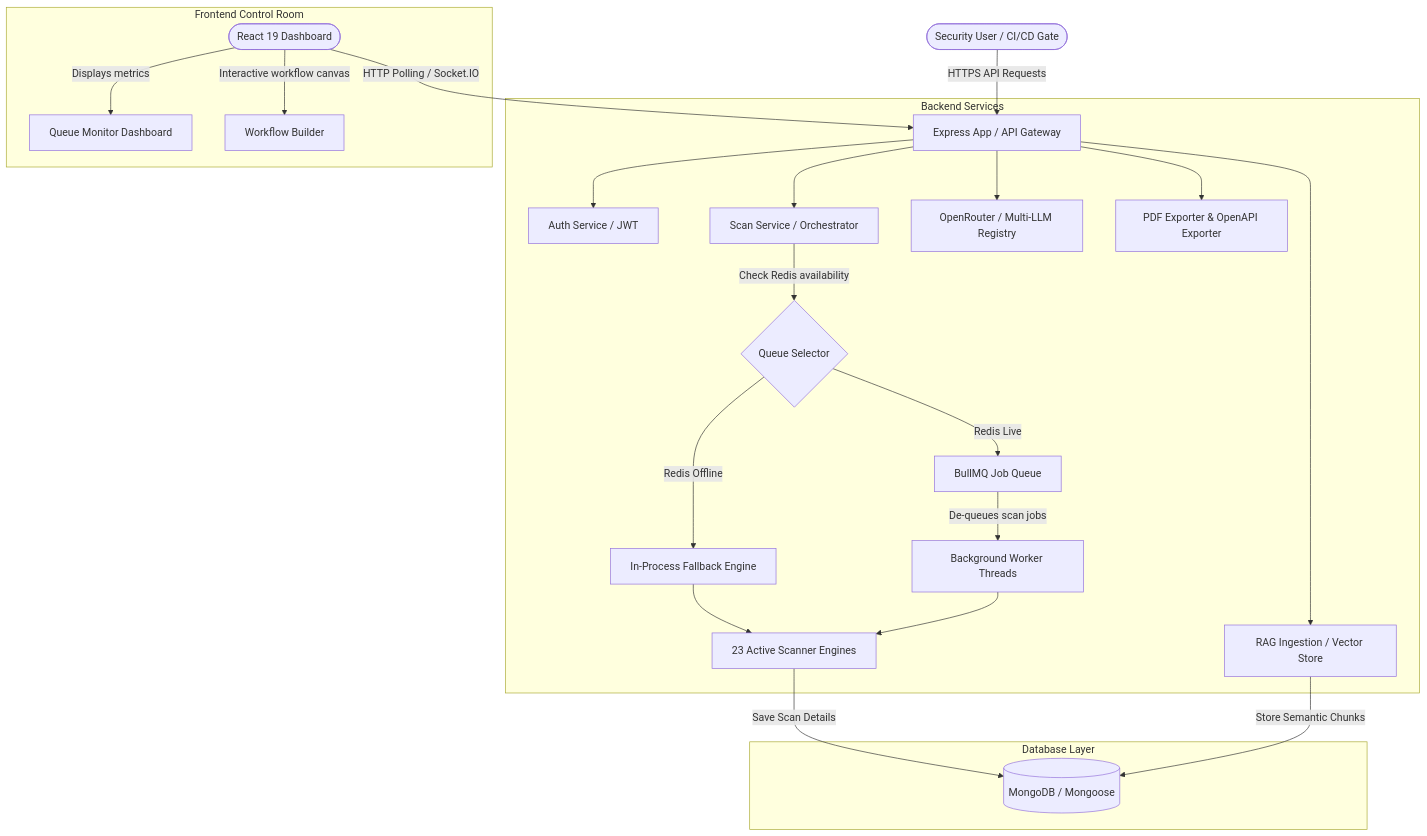
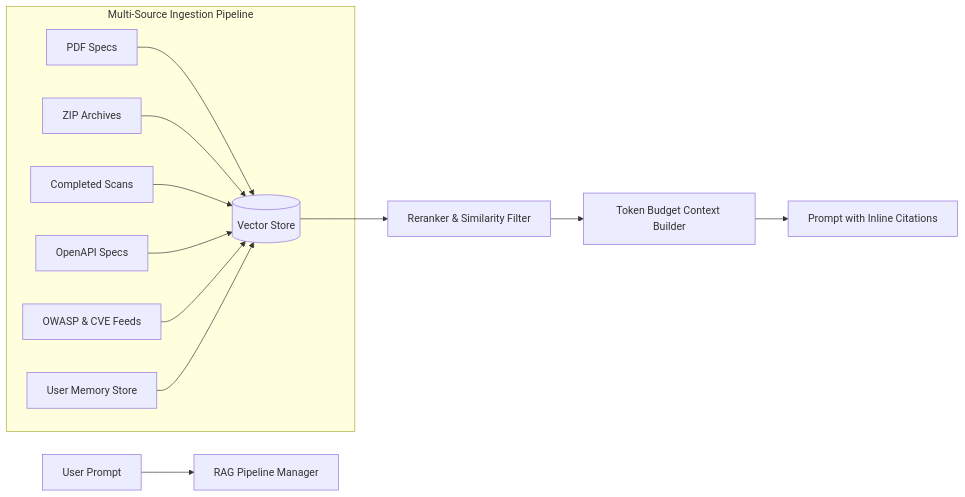
The second of 2 diagrams in README.md (Redkrossresearch/api-security-scanner), drawn with Mermaid before and after one commit. The commit also changed other lines of this file, not shown here.

Commit message:
docs: update README.md with Sprints 1-50 architecture, multi-agent roster, RAG pipeline, and rich renderers

````diff
--- a/README.md
+++ b/README.md
@@ -40,31 +102,17 @@
 ```mermaid
-graph TD
-    User([Security User / CI/CD Gate]) -->|HTTPS API Requests| Gateway[Express App / API Gateway]
+graph LR
+    Query[User Prompt] --> RAG[RAG Pipeline Manager]
     
-    subgraph Backend Services
-        Gateway --> Auth[Auth Service / JWT]
-        Gateway --> Scans[Scan Service / Orchestrator]
-        Gateway --> AI[OpenRouter / Multi-LLM Registry]
-        Gateway --> Reports[PDF Exporter & OpenAPI Exporter]
-        Gateway --> RAG[RAG Ingestion / Vector Store]
-        
-        Scans -->|Check Redis availability| QueueClient{Queue Selector}
-        QueueClient -->|Redis Live| BullMQ[BullMQ Job Queue]
-        QueueClient -->|Redis Offline| InProc[In-Process Fallback Engine]
-        
-        BullMQ -->|De-queues scan jobs| Worker[Background Worker Threads]
-        InProc --> Scanners[23 Active Scanner Engines]
-        Worker --> Scanners
+    subgraph Multi-Source Ingestion Pipeline
+        PDF[PDF Specs] --> VectorDB[(Vector Store)]
+        ZIP[ZIP Archives] --> VectorDB
+        ScanFindings[Completed Scans] --> VectorDB
+        OpenAPI[OpenAPI Specs] --> VectorDB
+        OWASP[OWASP & CVE Feeds] --> VectorDB
+        UserMemory[User Memory Store] --> VectorDB
     end
     
-    subgraph Database Layer
-        Scanners -->|Save Scan Details| Mongo[(MongoDB / Mongoose)]
-        RAG -->|Store Semantic Chunks| Mongo
-    end
-    
-    subgraph Frontend Control Room
-        UI([React 19 Dashboard]) -->|HTTP Polling / Socket.IO| Gateway
-        UI -->|Displays metrics| Monitor[Queue Monitor Dashboard]
-        UI -->|Interactive workflow canvas| Workflow[Workflow Builder]
-    end
+    VectorDB --> Rerank[Reranker & Similarity Filter]
+    Rerank --> ContextBuilder[Token Budget Context Builder]
+    ContextBuilder --> Prompt[Prompt with Inline Citations]
 ```
````
